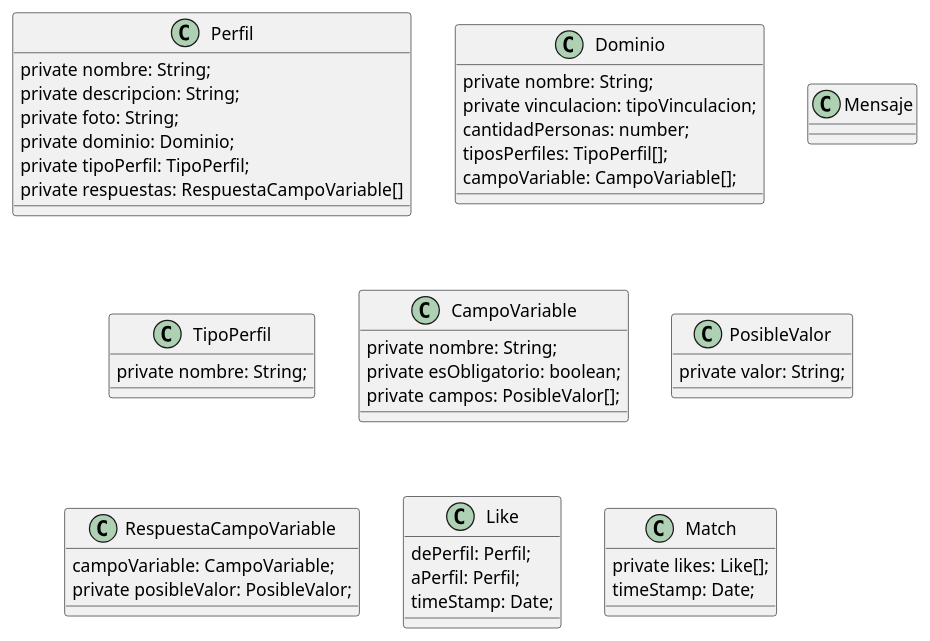
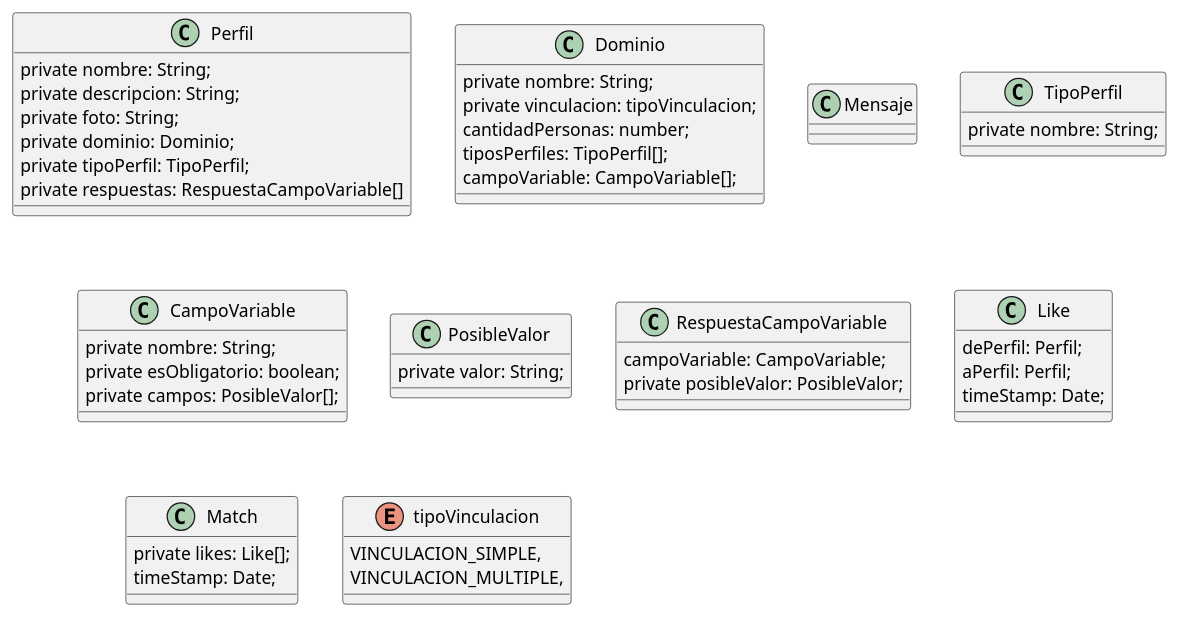
The diagram in README.md (JuliGarcia24/Tinderizr), drawn with PlantUML before and after one commit. The commit also changed 16 other files, not shown here.

```diff
--- a/README.md
+++ b/README.md
@@ -3,53 +3,58 @@
 @startuml
 
 class Perfil{
  private nombre: String;
  private descripcion: String;
  private foto: String;
  private dominio: Dominio;
  private tipoPerfil: TipoPerfil; 
  private respuestas: RespuestaCampoVariable[]
 }
 
 class Dominio{
   private nombre: String;
   private vinculacion: tipoVinculacion;
   cantidadPersonas: number;
   tiposPerfiles: TipoPerfil[];
   campoVariable: CampoVariable[];
 }
 
 class Mensaje{
 }
 
 class TipoPerfil{
  private nombre: String;
 }
 
 class CampoVariable{
  private nombre: String;
  private esObligatorio: boolean; 
  private campos: PosibleValor[];
 }
 
 class PosibleValor{
  private valor: String;
 }
 
 class RespuestaCampoVariable{
  campoVariable: CampoVariable;
  private posibleValor: PosibleValor;
 }
 
 class Like{
  dePerfil: Perfil;
  aPerfil: Perfil;
  timeStamp: Date;
 }
 
 class Match{
  private likes: Like[];
  timeStamp: Date;
 }
 
+enum tipoVinculacion{
+    VINCULACION_SIMPLE,
+    VINCULACION_MULTIPLE,
+}
+
 @enduml
```
